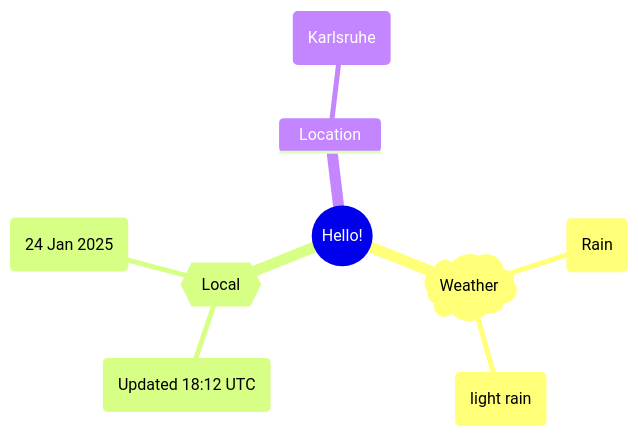
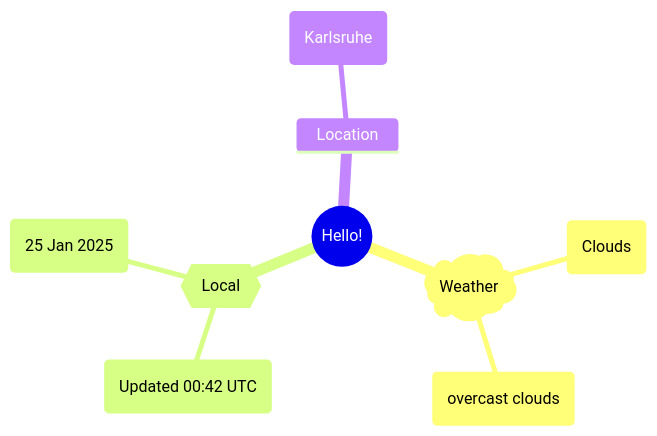
Before and after one commit to Xosrov/Xosrov: the first of 2 diagrams in README.md, drawn with Mermaid.

Commit message:
[bot] updated images

````diff
--- a/README.md
+++ b/README.md
@@ -3,12 +3,12 @@
 ```mermaid
 mindmap
   root((Hello!))
     )Weather(
-        (Rain)
-        (light rain)
+        (Clouds)
+        (overcast clouds)
     {{Local}}
-        (Updated 18:12 UTC)
-        (24 Jan 2025)
+        (Updated 00:42 UTC)
+        (25 Jan 2025)
     Location
         (Karlsruhe)
 ```
````
